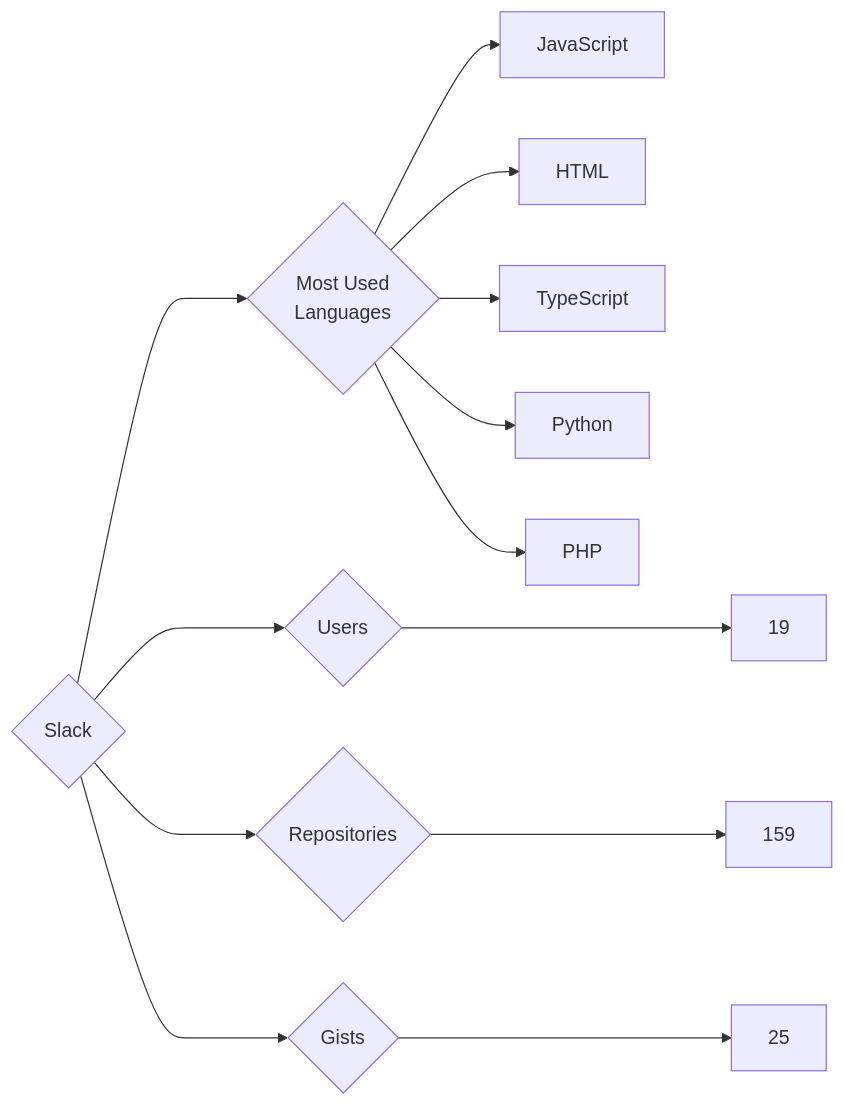
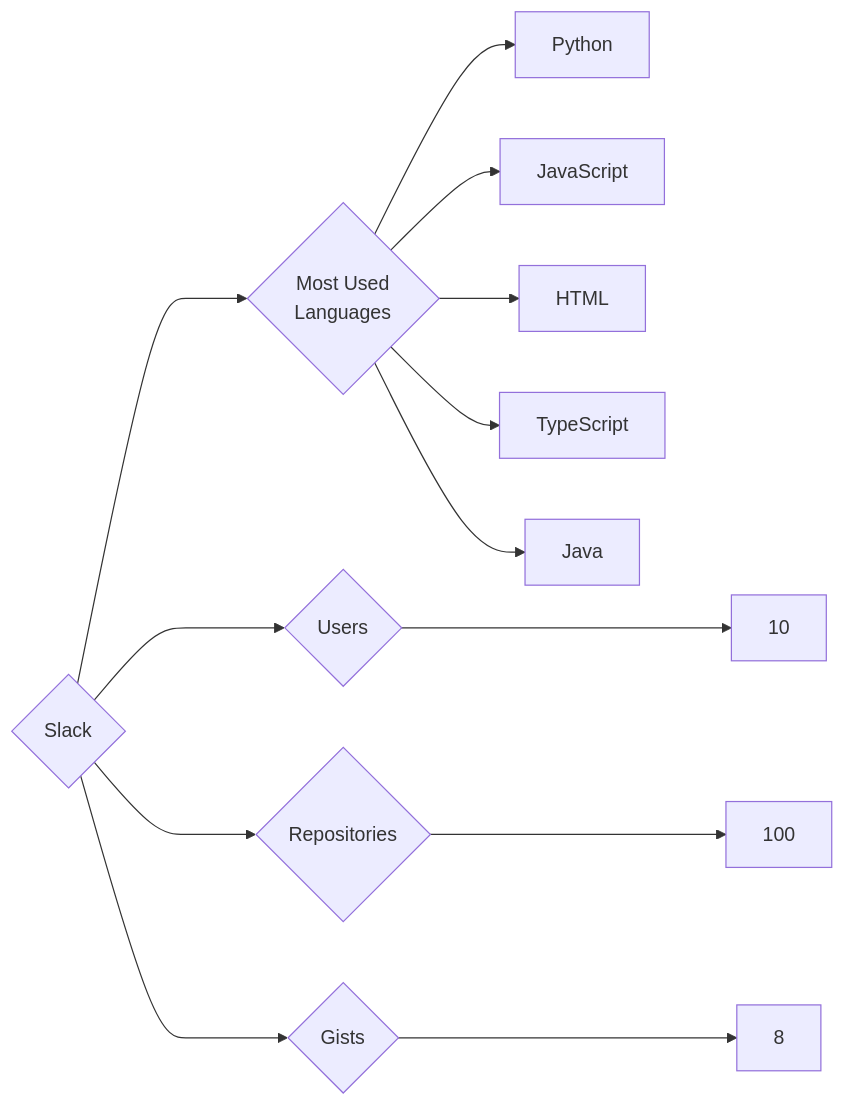
The diagram in targets/Slack/README.md (trickest/insiders), drawn with Mermaid before and after one commit. The commit also changed 878 other files, not shown here.

````diff
--- a/targets/Slack/README.md
+++ b/targets/Slack/README.md
@@ -3,13 +3,13 @@
 ```mermaid
 graph LR
 COMPANY_NAME{Slack}
-COMPANY_NAME ---> U{Users} ---> UN[19]
-COMPANY_NAME ---> R{Repositories} ---> RN[159]
-COMPANY_NAME ---> G{Gists} ---> GN[25]
+COMPANY_NAME ---> U{Users} ---> UN[10]
+COMPANY_NAME ---> R{Repositories} ---> RN[100]
+COMPANY_NAME ---> G{Gists} ---> GN[8]
 COMPANY_NAME ---> ML{Most Used<br>Languages}
+ML --> Python[Python]
 ML --> JavaScript[JavaScript]
 ML --> HTML[HTML]
 ML --> TypeScript[TypeScript]
-ML --> Python[Python]
-ML --> PHP[PHP]
+ML --> Java[Java]
 ```
````
